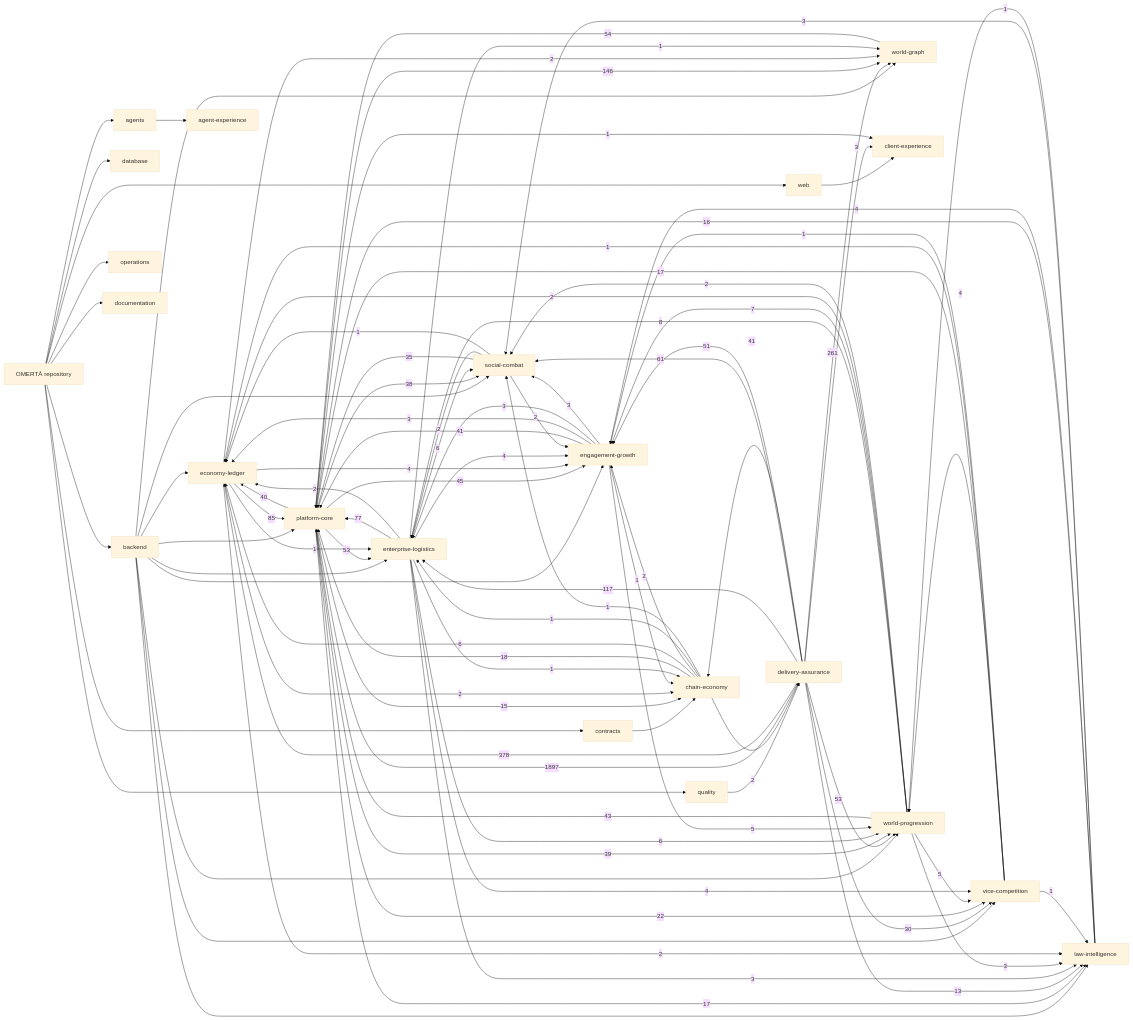
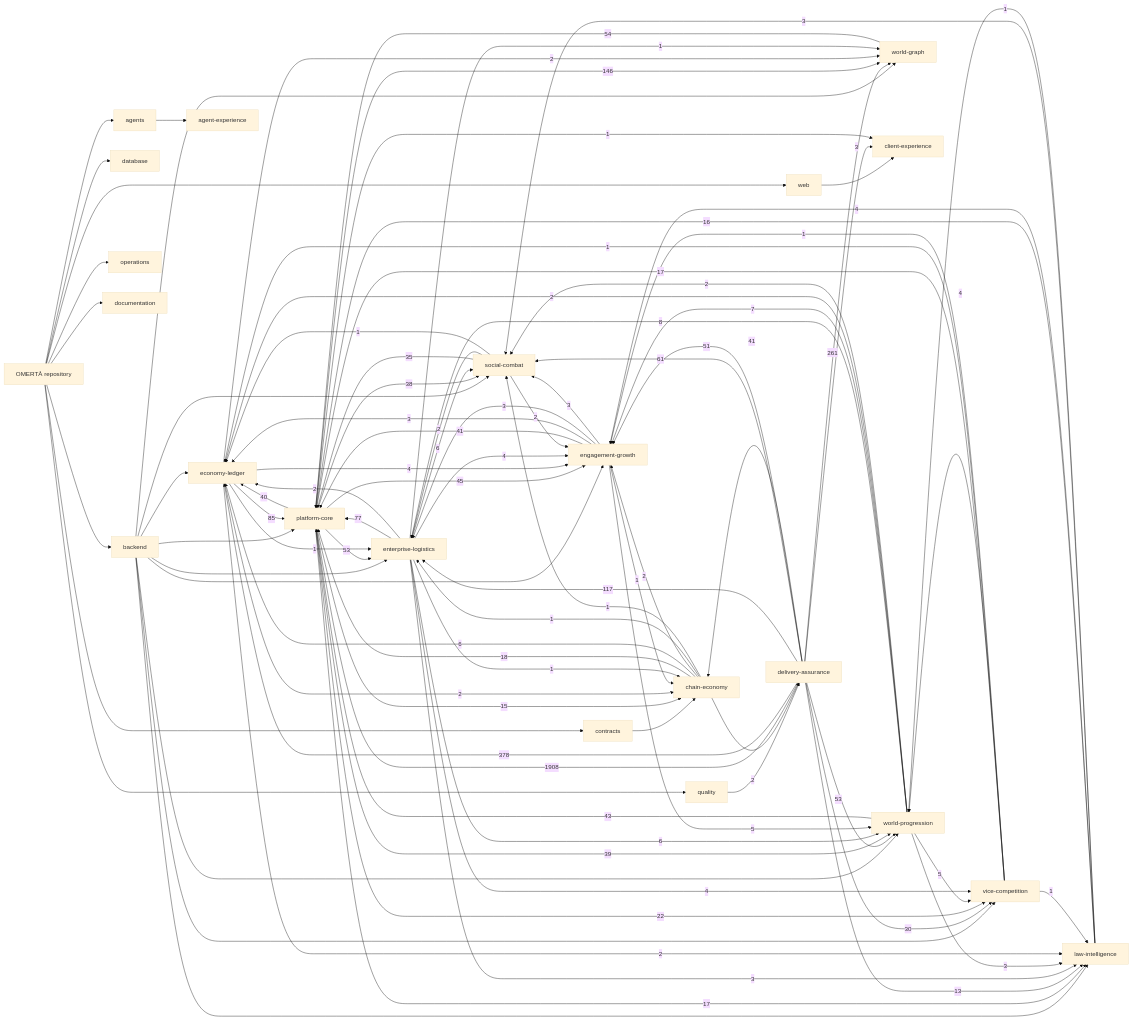
One commit to OmertaDev/Omerta changed the diagram in knowledge/generated/graph.mmd. Above: the diagram before and after it, drawn with Mermaid (base theme). The commit also changed 8 other files, not shown here.

```diff
--- a/knowledge/generated/graph.mmd
+++ b/knowledge/generated/graph.mmd
@@ -1,113 +1,113 @@
 flowchart LR
   repo["OMERTÀ repository"]
   sub_backend["backend"]
   repo --> sub_backend
   sub_database["database"]
   repo --> sub_database
   sub_web["web"]
   repo --> sub_web
   sub_contracts["contracts"]
   repo --> sub_contracts
   sub_agents["agents"]
   repo --> sub_agents
   sub_quality["quality"]
   repo --> sub_quality
   sub_operations["operations"]
   repo --> sub_operations
   sub_documentation["documentation"]
   repo --> sub_documentation
   dom_platform-core["platform-core"]
   dom_economy-ledger["economy-ledger"]
   dom_social-combat["social-combat"]
   dom_world-progression["world-progression"]
   dom_world-graph["world-graph"]
   dom_enterprise-logistics["enterprise-logistics"]
   dom_vice-competition["vice-competition"]
   dom_law-intelligence["law-intelligence"]
   dom_chain-economy["chain-economy"]
   dom_engagement-growth["engagement-growth"]
   dom_client-experience["client-experience"]
   dom_agent-experience["agent-experience"]
   dom_delivery-assurance["delivery-assurance"]
   sub_agents --> dom_agent-experience
   sub_backend --> dom_economy-ledger
   sub_backend --> dom_engagement-growth
   sub_backend --> dom_enterprise-logistics
   sub_backend --> dom_law-intelligence
   sub_backend --> dom_platform-core
   sub_backend --> dom_social-combat
   sub_backend --> dom_vice-competition
   sub_backend --> dom_world-graph
   sub_backend --> dom_world-progression
   sub_contracts --> dom_chain-economy
   sub_quality --> dom_delivery-assurance
   sub_web --> dom_client-experience
-  dom_delivery-assurance -->|1897| dom_platform-core
+  dom_delivery-assurance -->|1908| dom_platform-core
   dom_delivery-assurance -->|378| dom_economy-ledger
   dom_delivery-assurance -->|261| dom_world-graph
   dom_platform-core -->|146| dom_world-graph
   dom_delivery-assurance -->|117| dom_enterprise-logistics
   dom_economy-ledger -->|85| dom_platform-core
   dom_enterprise-logistics -->|77| dom_platform-core
   dom_delivery-assurance -->|61| dom_social-combat
   dom_world-graph -->|54| dom_platform-core
   dom_delivery-assurance -->|53| dom_world-progression
   dom_platform-core -->|53| dom_enterprise-logistics
   dom_delivery-assurance -->|51| dom_engagement-growth
   dom_platform-core -->|45| dom_engagement-growth
   dom_world-progression -->|43| dom_platform-core
   dom_delivery-assurance -->|41| dom_chain-economy
   dom_engagement-growth -->|41| dom_platform-core
   dom_platform-core -->|40| dom_economy-ledger
   dom_platform-core -->|39| dom_world-progression
   dom_platform-core -->|38| dom_social-combat
   dom_social-combat -->|35| dom_platform-core
   dom_delivery-assurance -->|30| dom_vice-competition
   dom_platform-core -->|22| dom_vice-competition
   dom_chain-economy -->|18| dom_platform-core
   dom_platform-core -->|17| dom_law-intelligence
   dom_vice-competition -->|17| dom_platform-core
   dom_law-intelligence -->|16| dom_platform-core
   dom_platform-core -->|15| dom_chain-economy
   dom_delivery-assurance -->|13| dom_law-intelligence
   dom_world-progression -->|8| dom_enterprise-logistics
   dom_world-progression -->|7| dom_engagement-growth
   dom_chain-economy -->|6| dom_economy-ledger
   dom_enterprise-logistics -->|6| dom_social-combat
   dom_enterprise-logistics -->|6| dom_world-progression
   dom_engagement-growth -->|5| dom_world-progression
   dom_world-progression -->|5| dom_vice-competition
   dom_economy-ledger -->|4| dom_engagement-growth
   dom_enterprise-logistics -->|4| dom_engagement-growth
   dom_enterprise-logistics -->|4| dom_vice-competition
   dom_law-intelligence -->|4| dom_engagement-growth
   dom_vice-competition -->|4| dom_world-progression
   dom_delivery-assurance -->|3| dom_client-experience
   dom_engagement-growth -->|3| dom_economy-ledger
   dom_engagement-growth -->|3| dom_enterprise-logistics
   dom_engagement-growth -->|3| dom_social-combat
   dom_enterprise-logistics -->|3| dom_law-intelligence
   dom_law-intelligence -->|3| dom_social-combat
   dom_world-progression -->|3| dom_law-intelligence
   dom_chain-economy -->|2| dom_delivery-assurance
   dom_chain-economy -->|2| dom_engagement-growth
   dom_economy-ledger -->|2| dom_chain-economy
   dom_economy-ledger -->|2| dom_law-intelligence
   dom_economy-ledger -->|2| dom_world-graph
   dom_enterprise-logistics -->|2| dom_economy-ledger
   dom_social-combat -->|2| dom_engagement-growth
   dom_social-combat -->|2| dom_enterprise-logistics
   dom_world-progression -->|2| dom_economy-ledger
   dom_world-progression -->|2| dom_social-combat
   dom_chain-economy -->|1| dom_enterprise-logistics
   dom_chain-economy -->|1| dom_social-combat
   dom_economy-ledger -->|1| dom_enterprise-logistics
   dom_engagement-growth -->|1| dom_chain-economy
   dom_enterprise-logistics -->|1| dom_chain-economy
   dom_enterprise-logistics -->|1| dom_world-graph
   dom_law-intelligence -->|1| dom_world-progression
   dom_platform-core -->|1| dom_client-experience
   dom_social-combat -->|1| dom_economy-ledger
   dom_vice-competition -->|1| dom_economy-ledger
   dom_vice-competition -->|1| dom_engagement-growth
   dom_vice-competition -->|1| dom_law-intelligence
```
